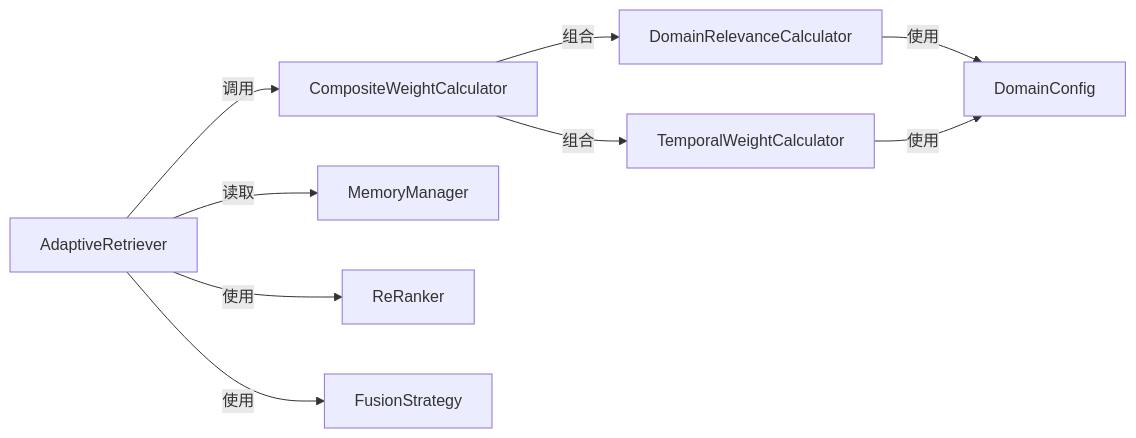
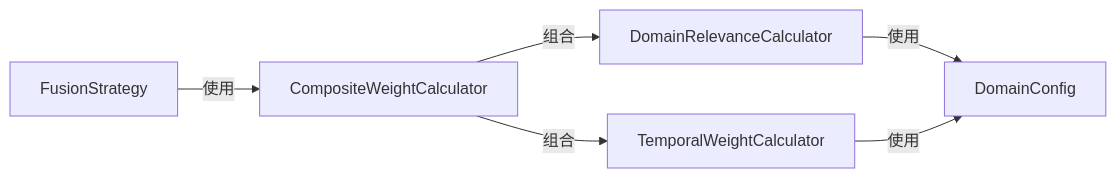
One commit to JieGaoPrinceton/NecoRAG changed the seventh of 7 diagrams in .qoder/repowiki/zh/content/领域权重系统.md. Above: the diagram before and after it, drawn with Mermaid. The commit also changed other lines of this file and 181 other files, not shown here.

````diff
--- a/.qoder/repowiki/zh/content/领域权重系统.md
+++ b/.qoder/repowiki/zh/content/领域权重系统.md
@@ -289,11 +257,8 @@
 ```mermaid
 graph LR
 REL["DomainRelevanceCalculator"] --> |使用| CFG["DomainConfig"]
 TW["TemporalWeightCalculator"] --> |使用| CFG
 CWC["CompositeWeightCalculator"] --> |组合| REL
 CWC --> |组合| TW
-AR["AdaptiveRetriever"] --> |调用| CWC
-AR --> |读取| MM["MemoryManager"]
-AR --> |使用| RR["ReRanker"]
-AR --> |使用| FS["FusionStrategy"]
+FS["FusionStrategy"] --> |使用| CWC
 ```
````
